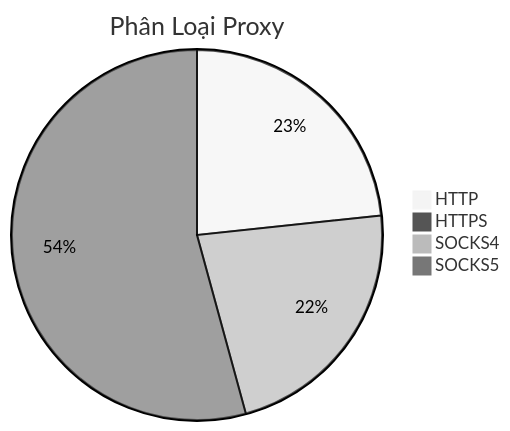
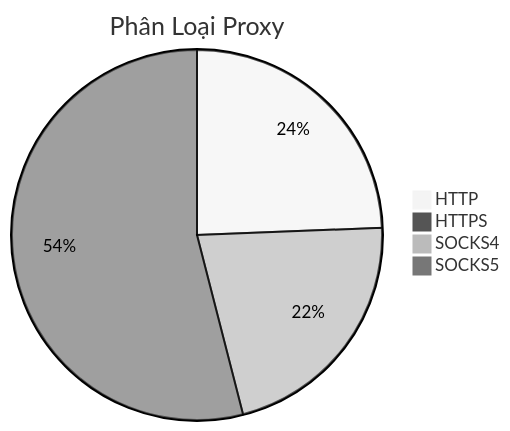
One commit to Ciara-12/PROXY-free changed the diagram in README.md. Above: the diagram before and after it, drawn with Mermaid (neutral theme). The commit also changed other lines of this file and 3 other files, not shown here.

````diff
--- a/README.md
+++ b/README.md
@@ -26,7 +26,7 @@
 ```mermaid
 pie title Phân Loại Proxy
-    "HTTP" : 387
+    "HTTP" : 451
     "HTTPS" : 1
-    "SOCKS4" : 372
-    "SOCKS5" : 900
+    "SOCKS4" : 400
+    "SOCKS5" : 999
 ```
````
